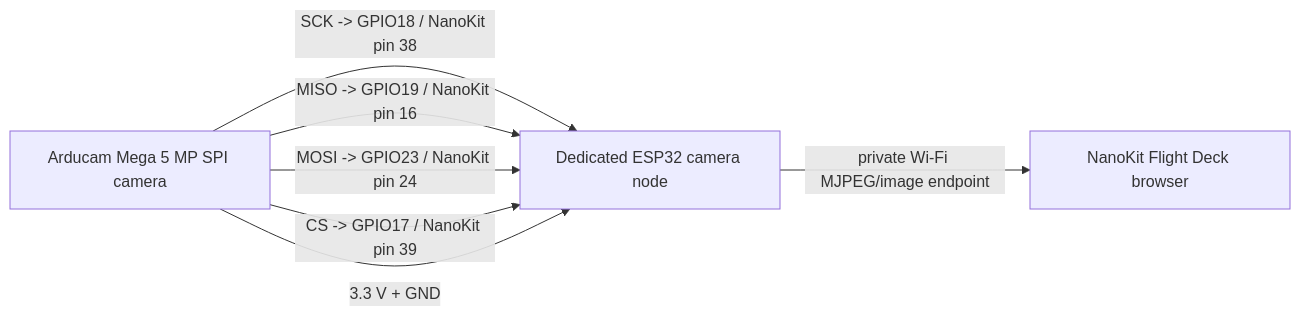
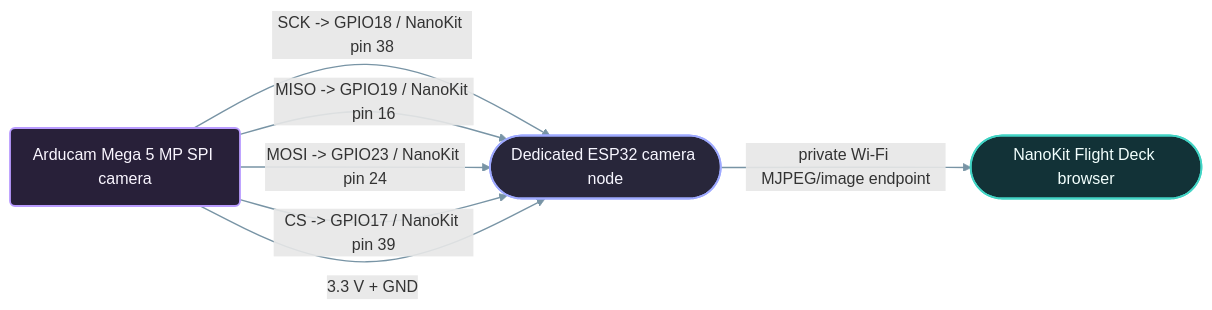
One commit to ProAmineOfficial/NanoKit-ESP32 changed the diagram in open_source_projects/nanokit_drone_4x_quadcopter/images/camera-wiring.md. Above: the diagram before and after it, drawn with Mermaid. The commit also changed 15 other files, not shown here.

Commit message:
docs: apply semantic Mermaid styling

````diff
--- a/open_source_projects/nanokit_drone_4x_quadcopter/images/camera-wiring.md
+++ b/open_source_projects/nanokit_drone_4x_quadcopter/images/camera-wiring.md
@@ -5,13 +5,21 @@
 ```mermaid
 flowchart LR
-  Camera["Arducam Mega 5 MP SPI camera"]
-  Node["Dedicated ESP32 camera node"]
-  Deck["NanoKit Flight Deck browser"]
+  Camera("Arducam Mega 5 MP SPI camera")
+  Node(["Dedicated ESP32 camera node"])
+  Deck(["NanoKit Flight Deck browser"])
 
   Camera -->|"SCK -> GPIO18 / NanoKit pin 38"| Node
   Camera -->|"MISO -> GPIO19 / NanoKit pin 16"| Node
   Camera -->|"MOSI -> GPIO23 / NanoKit pin 24"| Node
   Camera -->|"CS -> GPIO17 / NanoKit pin 39"| Node
   Camera -->|"3.3 V + GND"| Node
   Node -->|"private Wi-Fi MJPEG/image endpoint"| Deck
+
+  classDef sensor fill:#282039,stroke:#b99bff,stroke-width:1.8px,color:#faf6ff
+  classDef external fill:#28263a,stroke:#9ea9ff,stroke-width:1.8px,color:#f7f6ff
+  classDef communication fill:#123237,stroke:#42d4c5,stroke-width:1.8px,color:#f2fffd
+  class Camera sensor
+  class Node external
+  class Deck communication
+  linkStyle default stroke:#7894a5,stroke-width:1.4px
 ```
````
